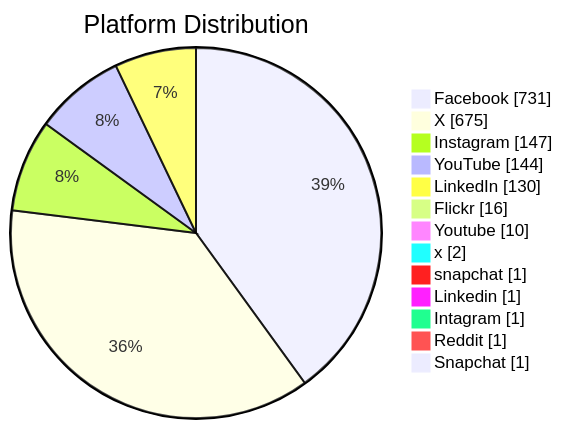
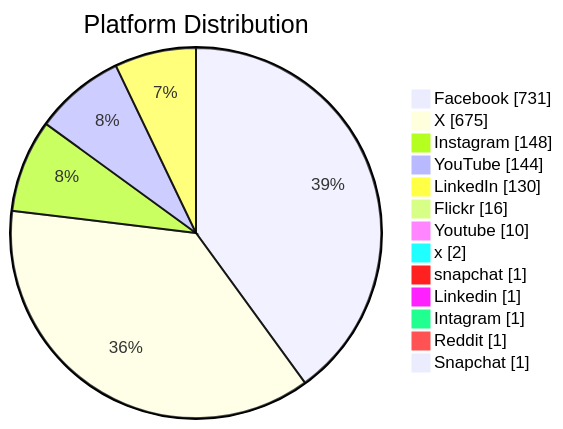
The second of 6 diagrams in README.md (PatLittle/GC-Socials), drawn with Mermaid before and after one commit. The commit also changed other lines of this file, not shown here.

Commit message:
Update README with Platform Distribution pie chart

````diff
--- a/README.md
+++ b/README.md
@@ -65,16 +68,16 @@
 ```mermaid
 pie showData title Platform Distribution
     "Facebook": 731
     "X": 675
-    "Instagram": 147
+    "Instagram": 148
     "YouTube": 144
     "LinkedIn": 130
     "Flickr": 16
     "Youtube": 10
     "x": 2
     "snapchat": 1
     "Linkedin": 1
     "Intagram": 1
     "Reddit": 1
     "Snapchat": 1
 ```
````
